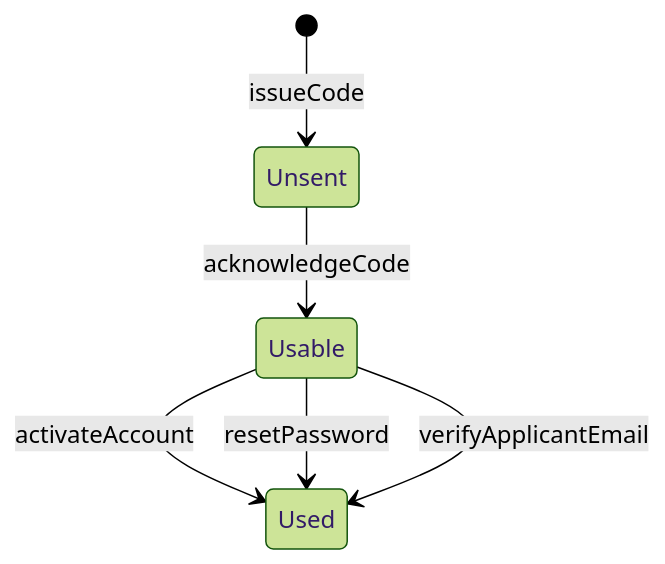
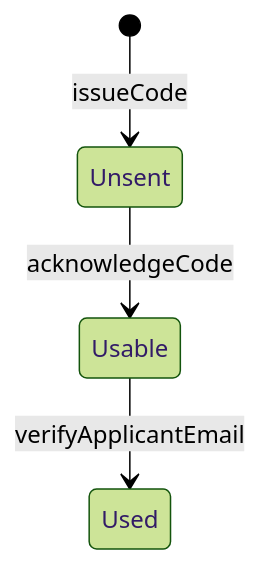
Before and after one commit to phibkro/vektorprogrammet-reimagined: the second of 2 diagrams in docs/system/accounts.md, drawn with Mermaid (forest theme). The commit also changed other lines of this file and 1220 other files, not shown here.

First line of the commit message:
feat: adopt Supabase prototype and app-local architecture (#77)

````diff
--- a/docs/system/accounts.md
+++ b/docs/system/accounts.md
@@ -73,8 +67,6 @@
 ```mermaid
 stateDiagram-v2
   [*] --> Unsent : issueCode
   Unsent --> Usable : acknowledgeCode
-  Usable --> Used : activateAccount
-  Usable --> Used : resetPassword
   Usable --> Used : verifyApplicantEmail
 ```
````
